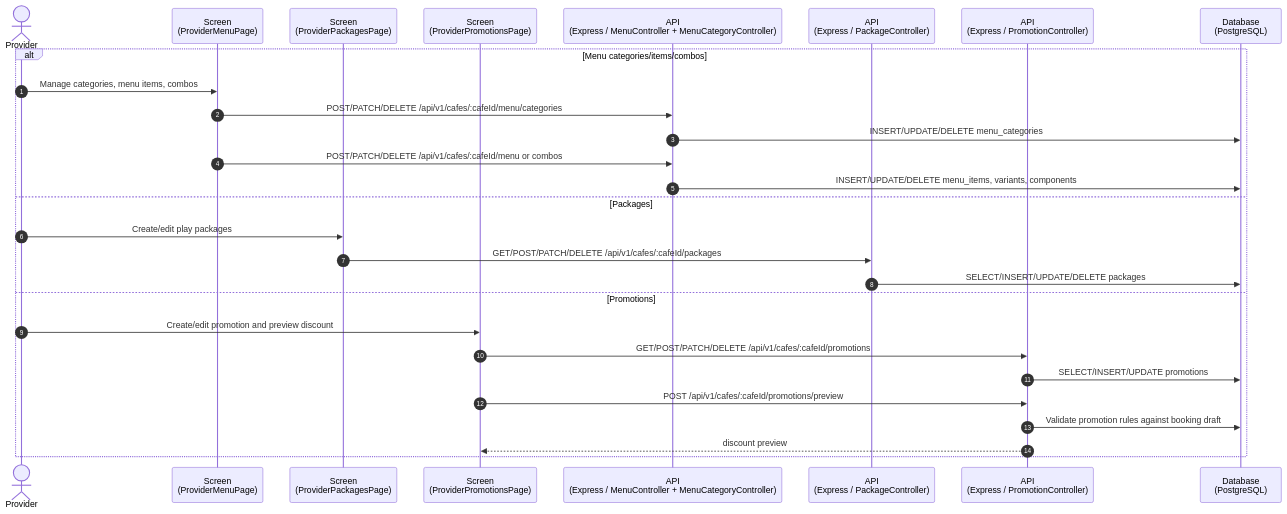
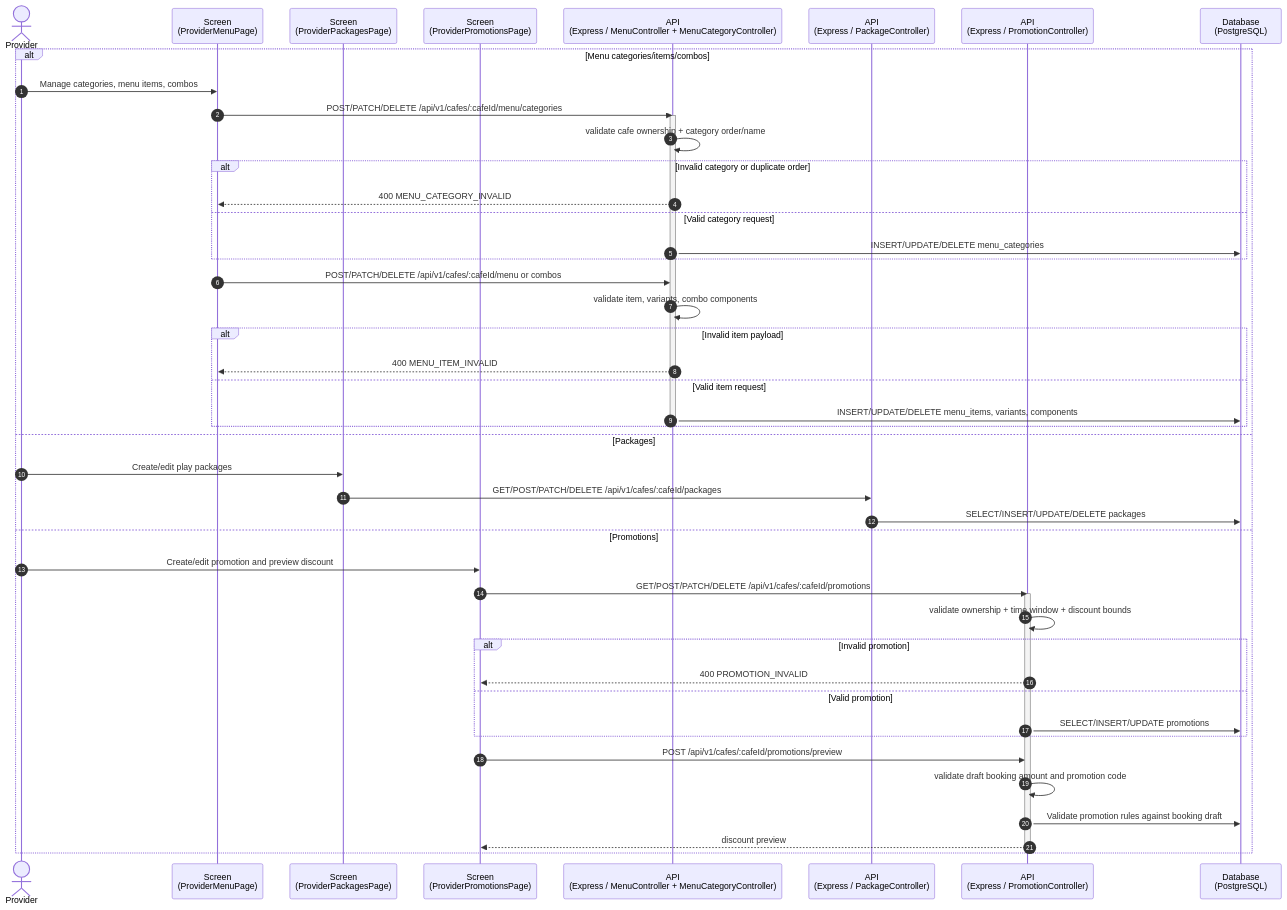
Before and after one commit to RCField-SEP490/rcfield-spec: the third of 8 diagrams in docs/diagrams/sequence/sequence-flow-provider-operations.md, drawn with Mermaid. The commit also changed other lines of this file and 101 other files, not shown here.

````diff
--- a/docs/diagrams/sequence/sequence-flow-provider-operations.md
+++ b/docs/diagrams/sequence/sequence-flow-provider-operations.md
@@ -99,31 +166,51 @@
 ```mermaid
 sequenceDiagram
     autonumber
     actor P as Provider
     participant Menu as Screen<br/>(ProviderMenuPage)
     participant Package as Screen<br/>(ProviderPackagesPage)
     participant Promo as Screen<br/>(ProviderPromotionsPage)
     participant MenuAPI as API<br/>(Express / MenuController + MenuCategoryController)
     participant PackageAPI as API<br/>(Express / PackageController)
     participant PromoAPI as API<br/>(Express / PromotionController)
     participant DB as Database<br/>(PostgreSQL)
 
     alt Menu categories/items/combos
         P->>Menu: Manage categories, menu items, combos
         Menu->>MenuAPI: POST/PATCH/DELETE /api/v1/cafes/:cafeId/menu/categories
+        activate MenuAPI
+        MenuAPI->>MenuAPI: validate cafe ownership + category order/name
+        alt Invalid category or duplicate order
+            MenuAPI-->>Menu: 400 MENU_CATEGORY_INVALID
+        else Valid category request
         MenuAPI->>DB: INSERT/UPDATE/DELETE menu_categories
+        end
         Menu->>MenuAPI: POST/PATCH/DELETE /api/v1/cafes/:cafeId/menu or combos
+        MenuAPI->>MenuAPI: validate item, variants, combo components
+        alt Invalid item payload
+            MenuAPI-->>Menu: 400 MENU_ITEM_INVALID
+        else Valid item request
         MenuAPI->>DB: INSERT/UPDATE/DELETE menu_items, variants, components
+        end
+        deactivate MenuAPI
     else Packages
         P->>Package: Create/edit play packages
         Package->>PackageAPI: GET/POST/PATCH/DELETE /api/v1/cafes/:cafeId/packages
         PackageAPI->>DB: SELECT/INSERT/UPDATE/DELETE packages
     else Promotions
         P->>Promo: Create/edit promotion and preview discount
         Promo->>PromoAPI: GET/POST/PATCH/DELETE /api/v1/cafes/:cafeId/promotions
+        activate PromoAPI
+        PromoAPI->>PromoAPI: validate ownership + time window + discount bounds
+        alt Invalid promotion
+            PromoAPI-->>Promo: 400 PROMOTION_INVALID
+        else Valid promotion
         PromoAPI->>DB: SELECT/INSERT/UPDATE promotions
+        end
         Promo->>PromoAPI: POST /api/v1/cafes/:cafeId/promotions/preview
+        PromoAPI->>PromoAPI: validate draft booking amount and promotion code
         PromoAPI->>DB: Validate promotion rules against booking draft
         PromoAPI-->>Promo: discount preview
+        deactivate PromoAPI
     end
 ```
````
